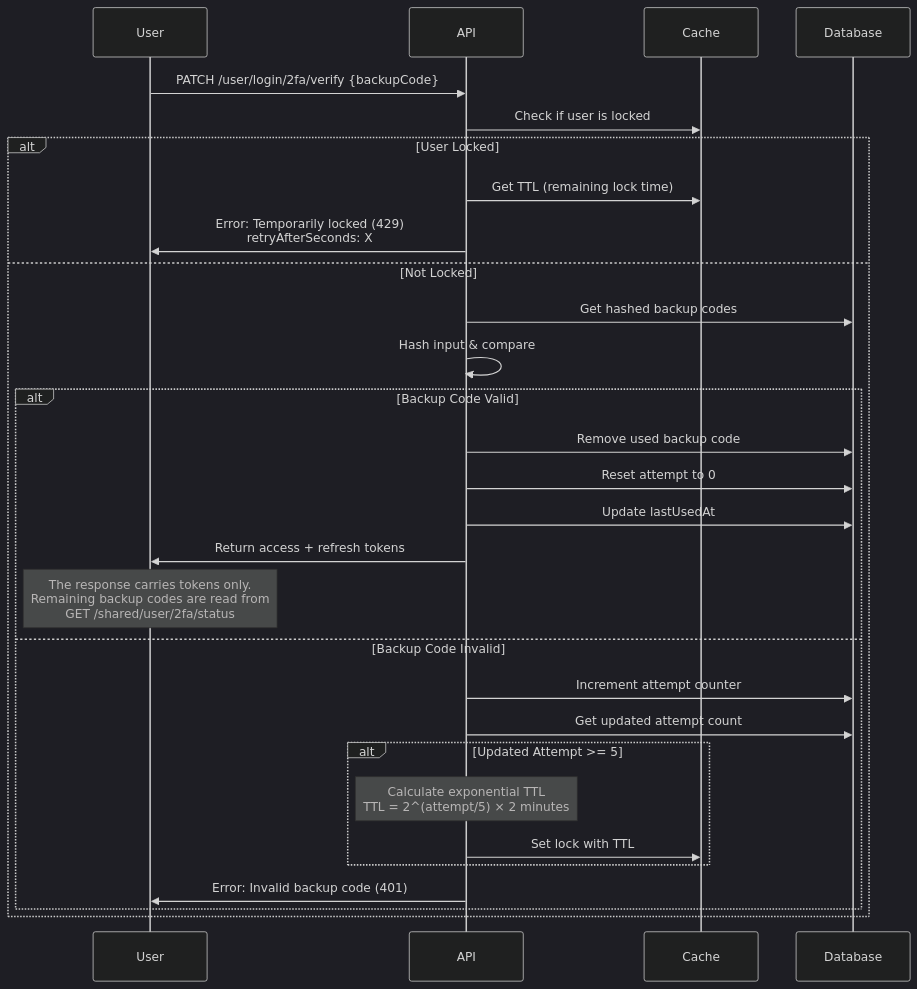
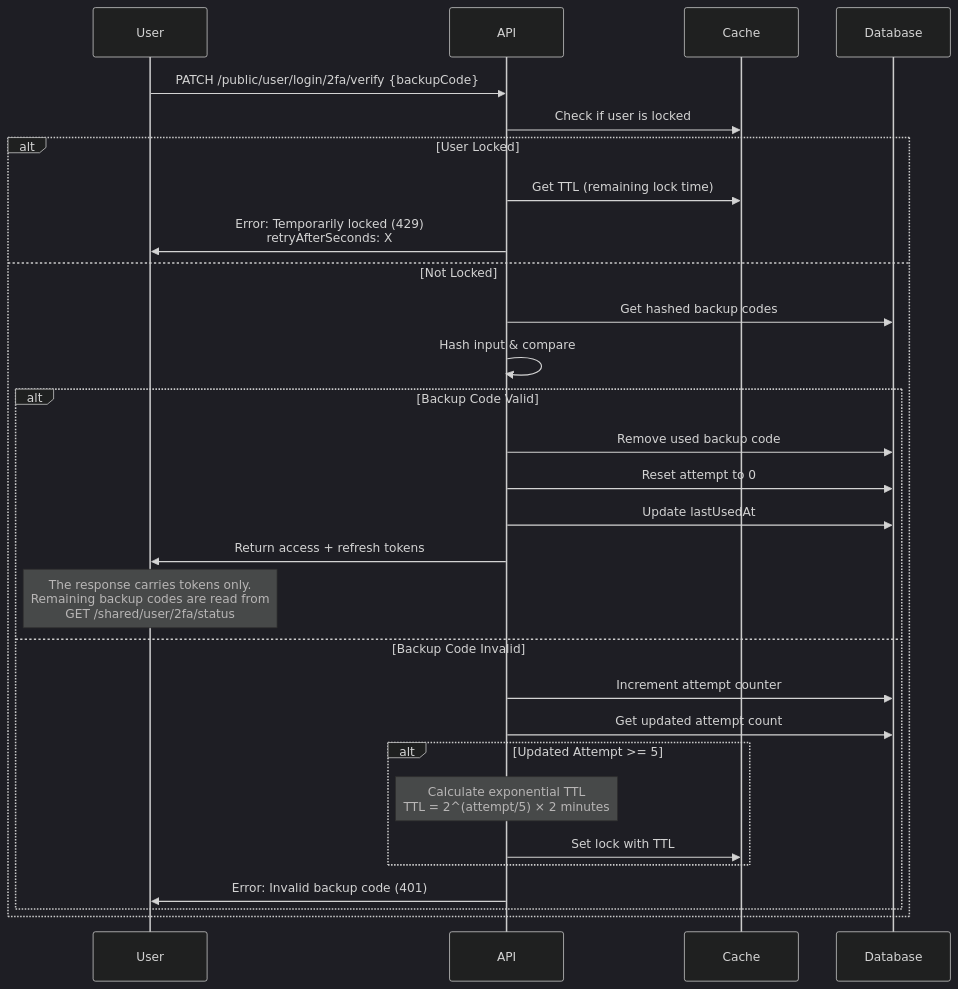
Before and after one commit to andrechristikan/ack-nestjs-boilerplate: the fourth of 9 diagrams in docs/two-factor.md, drawn with Mermaid (dark theme). The commit also changed other lines of this file and 31 other files, not shown here.

````diff
--- a/docs/two-factor.md
+++ b/docs/two-factor.md
@@ -282,32 +282,32 @@
 ```mermaid
 sequenceDiagram
     participant User
     participant API
     participant Cache
     participant Database
 
-    User->>API: PATCH /user/login/2fa/verify {backupCode}
+    User->>API: PATCH /public/user/login/2fa/verify {backupCode}
     API->>Cache: Check if user is locked
     alt User Locked
         API->>Cache: Get TTL (remaining lock time)
         API->>User: Error: Temporarily locked (429)<br/>retryAfterSeconds: X
     else Not Locked
         API->>Database: Get hashed backup codes
         API->>API: Hash input & compare
         alt Backup Code Valid
             API->>Database: Remove used backup code
             API->>Database: Reset attempt to 0
             API->>Database: Update lastUsedAt
             API->>User: Return access + refresh tokens
             Note over User: The response carries tokens only.<br/>Remaining backup codes are read from<br/>GET /shared/user/2fa/status
         else Backup Code Invalid
             API->>Database: Increment attempt counter
             API->>Database: Get updated attempt count
             alt Updated Attempt >= 5
                 Note over API: Calculate exponential TTL<br/>TTL = 2^(attempt/5) × 2 minutes
                 API->>Cache: Set lock with TTL
             end
             API->>User: Error: Invalid backup code (401)
         end
     end
 ```
````
